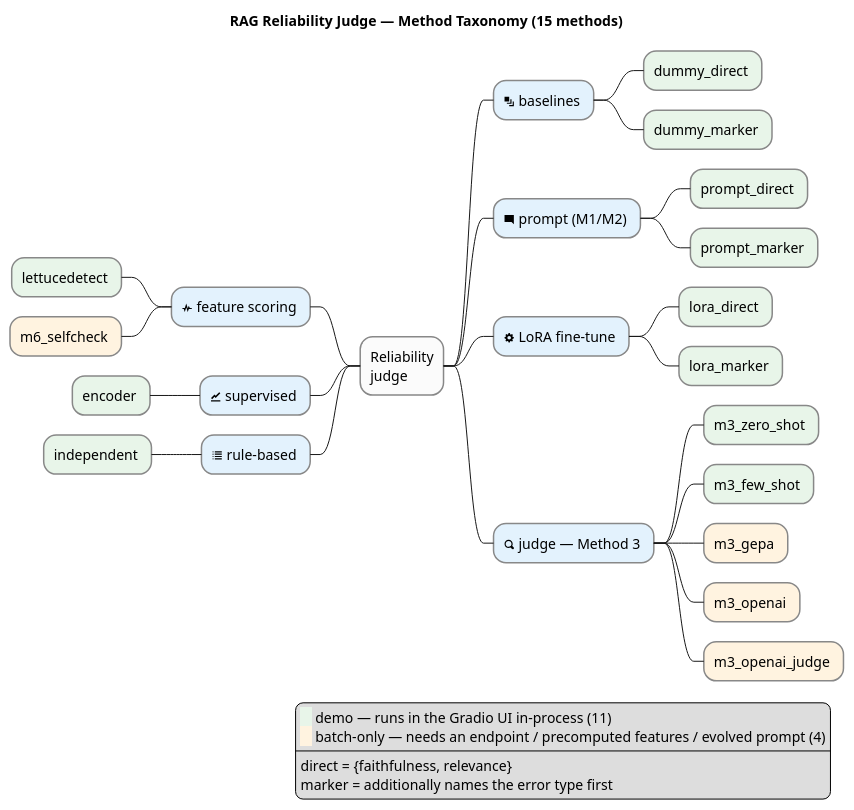
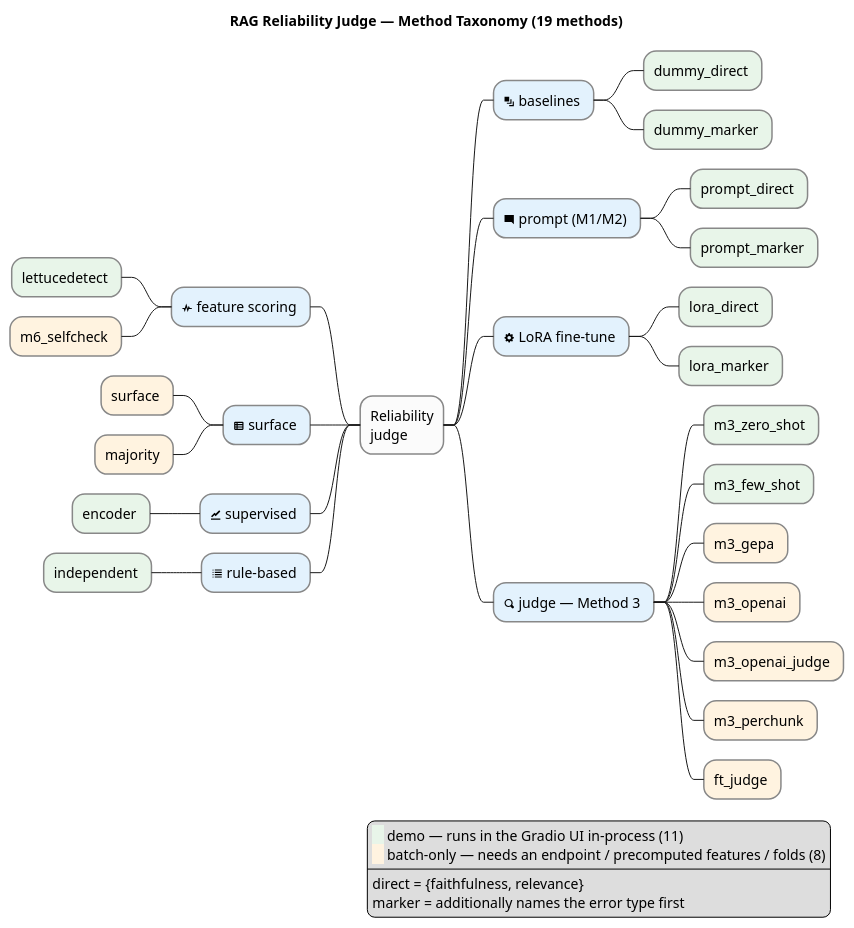
The diagram in docs/diagrams/method-taxonomy.puml (MurkaSelebry/rag-reliability), drawn with PlantUML before and after one commit. The commit also changed 9 other files, not shown here.

```diff
--- a/docs/diagrams/method-taxonomy.puml
+++ b/docs/diagrams/method-taxonomy.puml
@@ -1,50 +1,55 @@
 @startmindmap method-taxonomy
-title RAG Reliability Judge — Method Taxonomy (15 methods)
+title RAG Reliability Judge — Method Taxonomy (19 methods)
 
 skinparam shadowing false
 <style>
 mindmapDiagram {
   node {
     BackgroundColor #FBFBFB
     LineColor #888888
   }
   .demo { BackgroundColor #E8F5E9 }
   .batch { BackgroundColor #FFF3E0 }
   .family { BackgroundColor #E3F2FD }
 }
 </style>
 
 * Reliability\njudge
 ** <&layers> baselines <<family>>
 *** dummy_direct <<demo>>
 *** dummy_marker <<demo>>
 ** <&comment-square> prompt (M1/M2) <<family>>
 *** prompt_direct <<demo>>
 *** prompt_marker <<demo>>
 ** <&cog> LoRA fine-tune <<family>>
 *** lora_direct <<demo>>
 *** lora_marker <<demo>>
 ** <&magnifying-glass> judge — Method 3 <<family>>
 *** m3_zero_shot <<demo>>
 *** m3_few_shot <<demo>>
 *** m3_gepa <<batch>>
 *** m3_openai <<batch>>
 *** m3_openai_judge <<batch>>
+*** m3_perchunk <<batch>>
+*** ft_judge <<batch>>
 left side
 ** <&pulse> feature scoring <<family>>
 *** lettucedetect <<demo>>
 *** m6_selfcheck <<batch>>
+** <&spreadsheet> surface <<family>>
+*** surface <<batch>>
+*** majority <<batch>>
 ** <&graph> supervised <<family>>
 *** encoder <<demo>>
 ** <&list> rule-based <<family>>
 *** independent <<demo>>
 
 legend right
   <back:#E8F5E9>   </back> demo — runs in the Gradio UI in-process (11)
-  <back:#FFF3E0>   </back> batch-only — needs an endpoint / precomputed features / evolved prompt (4)
+  <back:#FFF3E0>   </back> batch-only — needs an endpoint / precomputed features / folds (8)
   ----
   direct = {faithfulness, relevance}
   marker = additionally names the error type first
 endlegend
 
 @endmindmap
```
